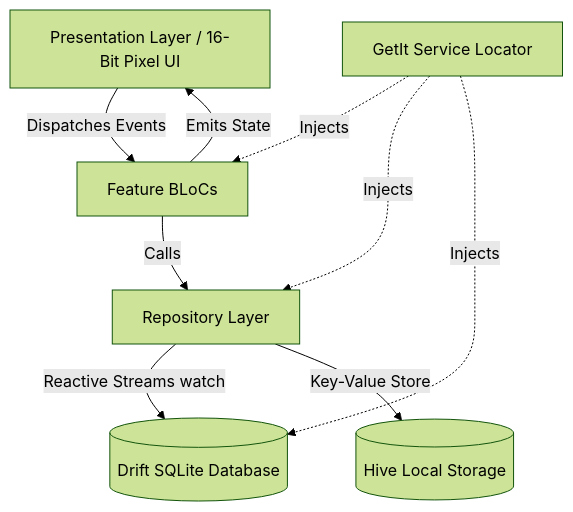
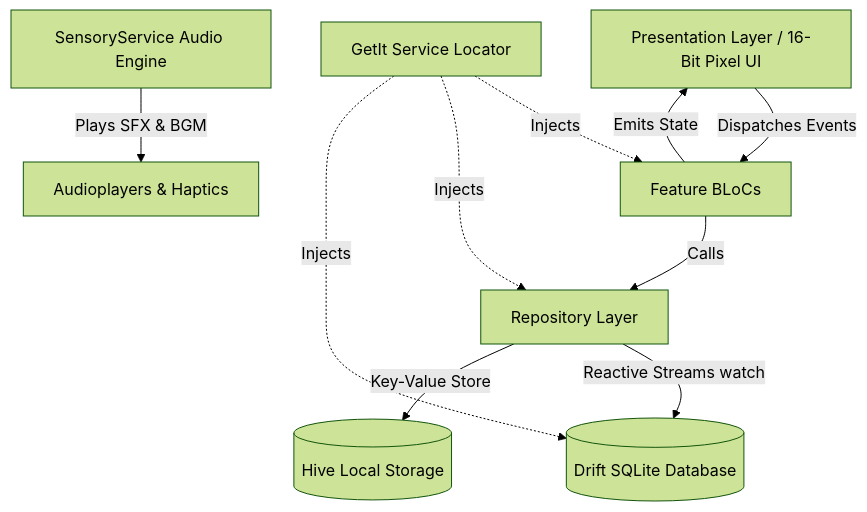
The diagram in README.md (Theeraphat-S/workxp-mobile), drawn with Mermaid (forest theme) before and after one commit. The commit also changed other lines of this file, not shown here.

Commit message:
docs: update README.md with 16-bit chiptune audio system, UX/UI improvements, and current domain models

````diff
--- a/README.md
+++ b/README.md
@@ -135,11 +152,12 @@
 ```mermaid
 graph TD
     UI[Presentation Layer / 16-Bit Pixel UI] -->|Dispatches Events| BLOC[Feature BLoCs]
     BLOC -->|Emits State| UI
     BLOC -->|Calls| REPO[Repository Layer]
     REPO -->|Reactive Streams watch| DB[(Drift SQLite Database)]
     REPO -->|Key-Value Store| HIVE[(Hive Local Storage)]
+    AUDIO[SensoryService Audio Engine] -->|Plays SFX & BGM| AUDIOPLAYERS[Audioplayers & Haptics]
     LOC[GetIt Service Locator] -.->|Injects| BLOC
     LOC -.->|Injects| REPO
     LOC -.->|Injects| DB
 ```
````
